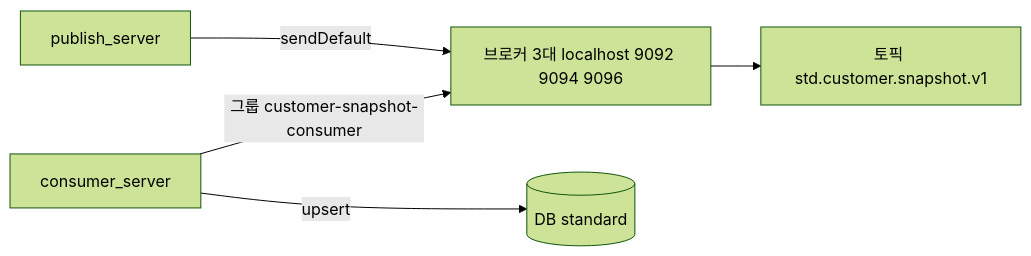
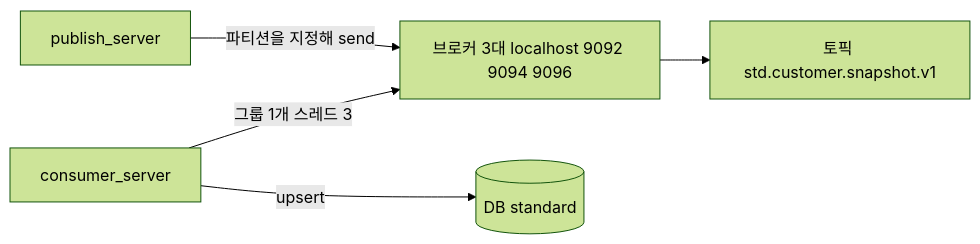
One commit to zustarttf/kafka_test changed the first of 3 diagrams in docs/kafka.md. Above: the diagram before and after it, drawn with Mermaid (forest theme). The commit also changed other lines of this file and 4 other files, not shown here.

````diff
--- a/docs/kafka.md
+++ b/docs/kafka.md
@@ -9,13 +9,13 @@
 ```mermaid
 flowchart LR
   publisher[publish_server]
   broker[브로커 3대 localhost 9092 9094 9096]
   topic[토픽 std.customer.snapshot.v1]
   consumer[consumer_server]
   standard[(DB standard)]
 
-  publisher -->|sendDefault| broker
+  publisher -->|파티션을 지정해 send| broker
   broker --> topic
-  consumer -->|그룹 customer-snapshot-consumer| broker
+  consumer -->|그룹 1개 스레드 3| broker
   consumer -->|upsert| standard
 ```
````
